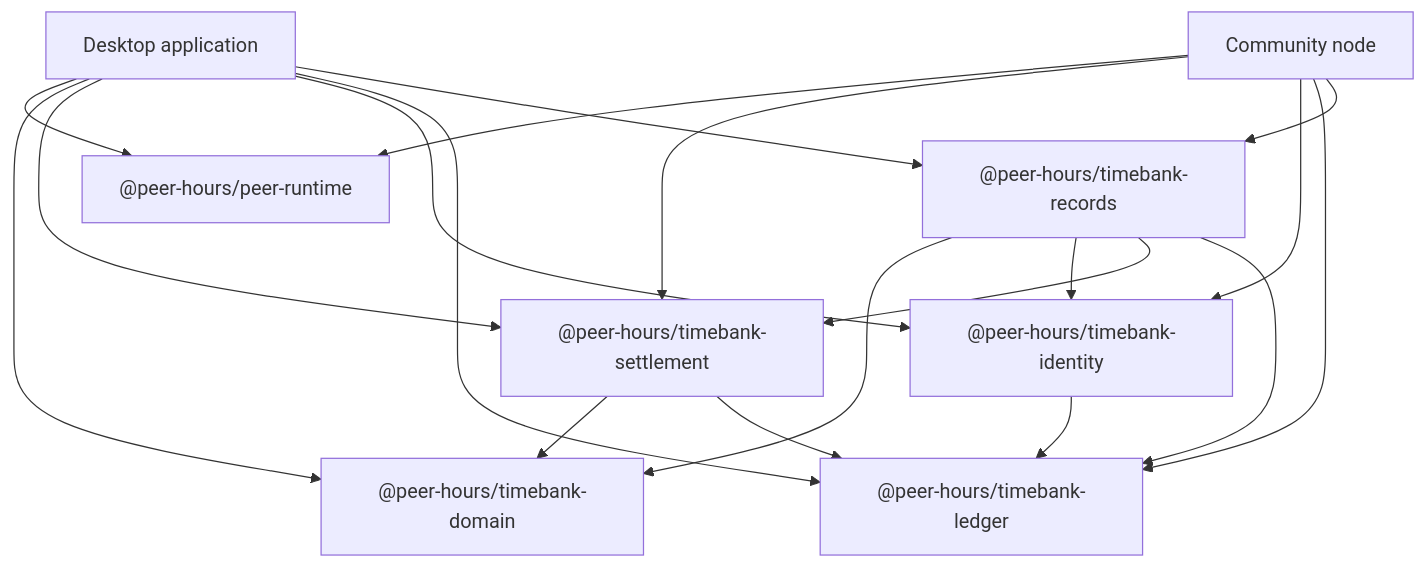
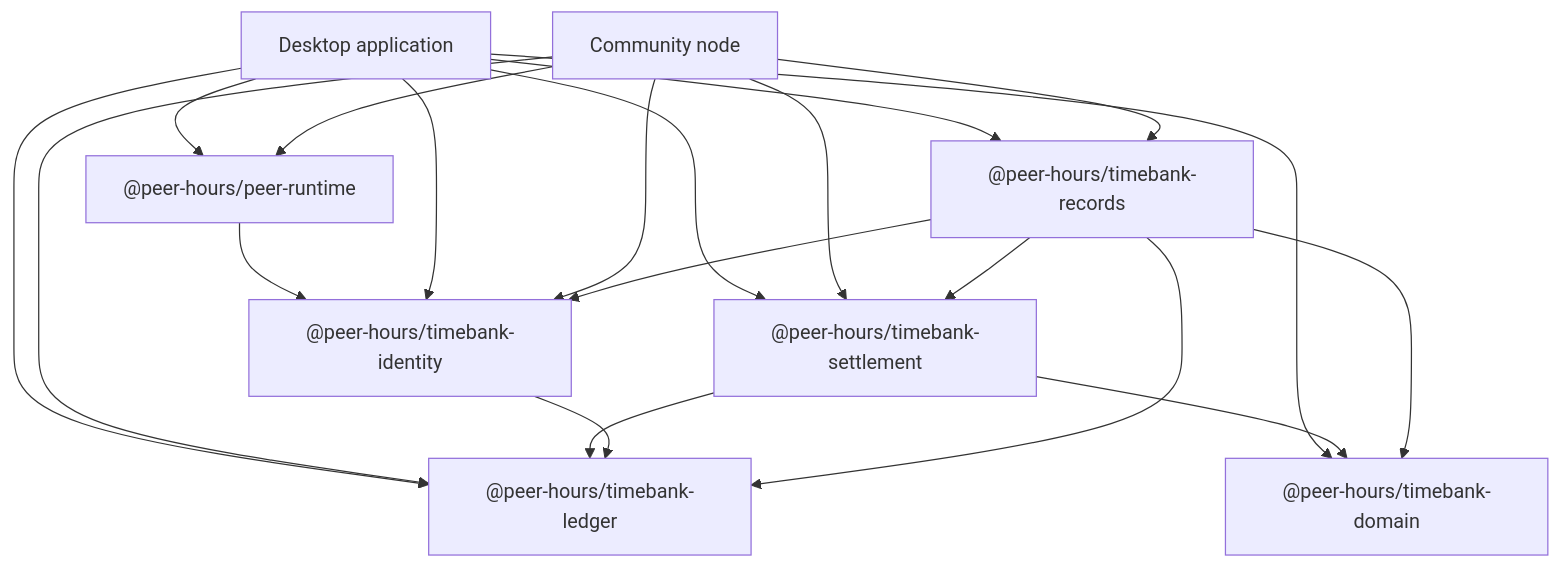
Before and after one commit to matthewlovestocode/peer-hours: the diagram in docs/package-architecture.md, drawn with Mermaid. The commit also changed other lines of this file and 34 other files, not shown here.

````diff
--- a/docs/package-architecture.md
+++ b/docs/package-architecture.md
@@ -5,23 +5,24 @@
 ```mermaid
 flowchart TB
     Desktop["Desktop application"] --> Runtime["@peer-hours/peer-runtime"]
     Node["Community node"] --> Runtime
+    Runtime --> Identity
 
     Desktop --> Domain["@peer-hours/timebank-domain"]
     Desktop --> Settlement["@peer-hours/timebank-settlement"]
     Desktop --> Identity["@peer-hours/timebank-identity"]
     Desktop --> Ledger["@peer-hours/timebank-ledger"]
     Desktop --> Records["@peer-hours/timebank-records"]
     Node --> Settlement
     Node --> Identity
     Node --> Ledger
     Node --> Records
 
     Settlement --> Domain
     Settlement --> Ledger
     Identity --> Ledger
     Records --> Domain
     Records --> Identity
     Records --> Settlement
     Records --> Ledger
 ```
````
